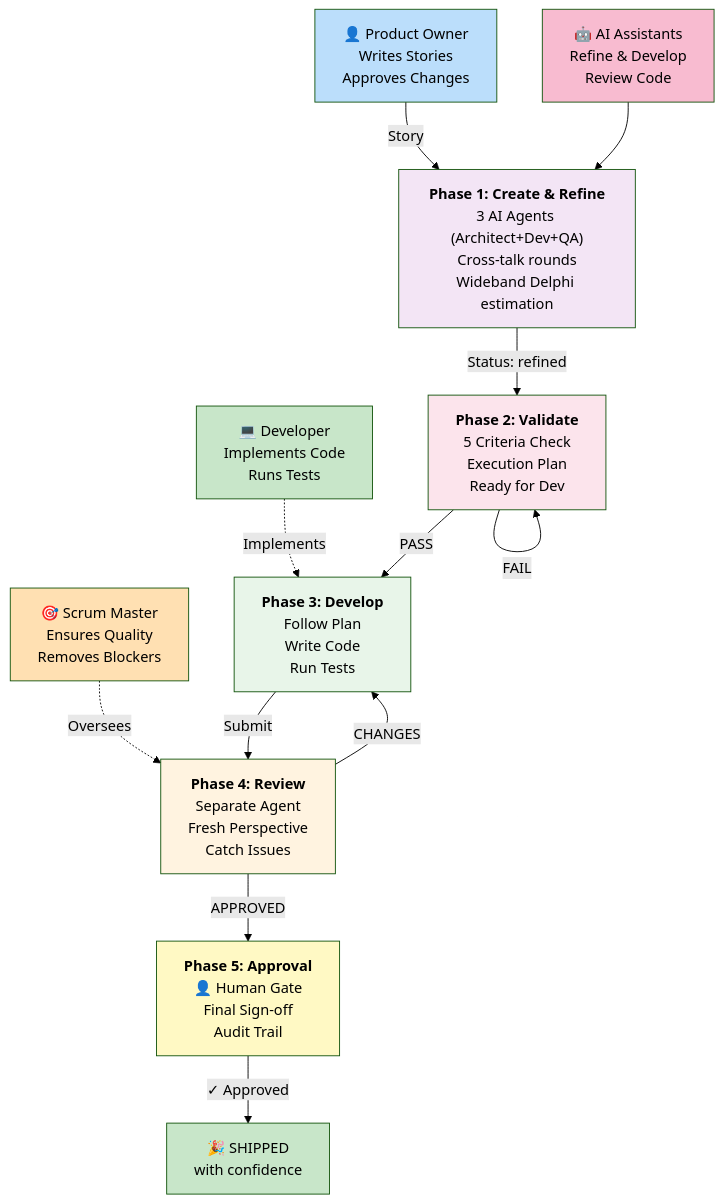
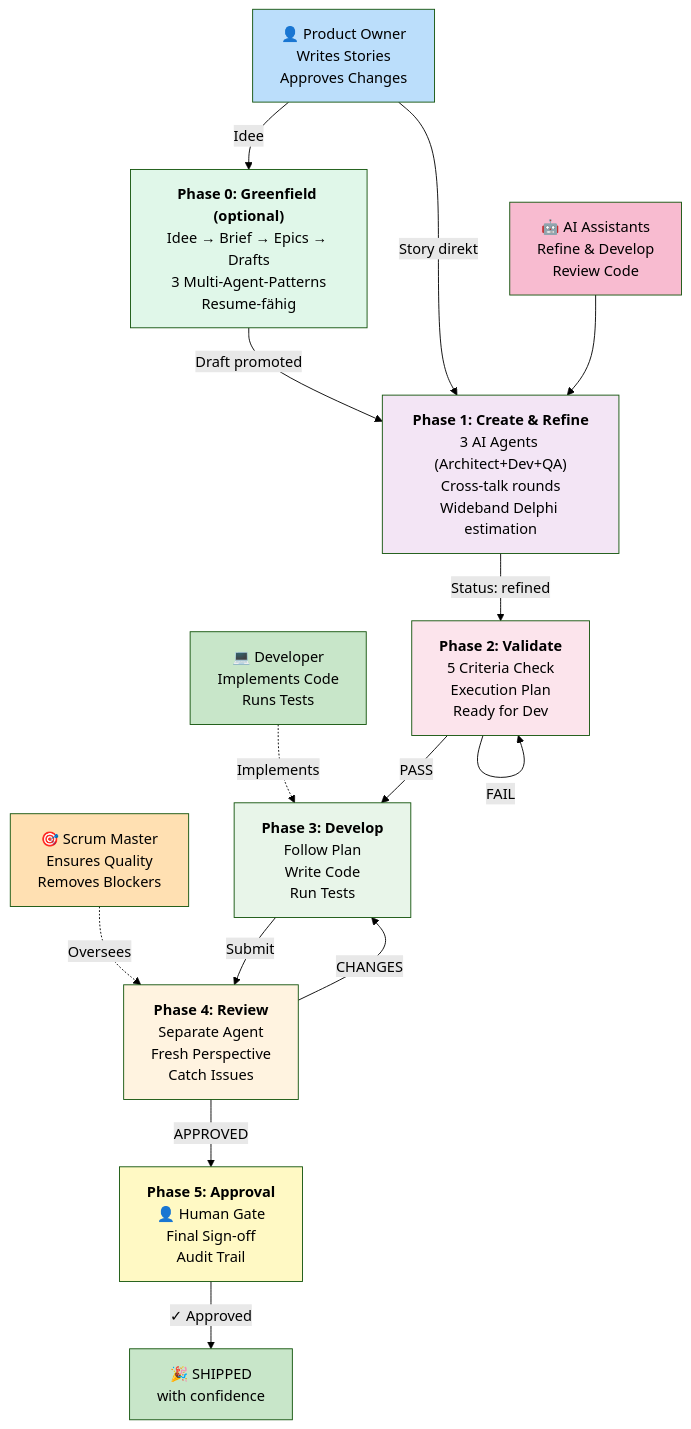
One commit to samibel/scrum_workflow changed the first of 2 diagrams in README.md. Above: the diagram before and after it, drawn with Mermaid (forest theme). The commit also changed other lines of this file and 24 other files, not shown here.

First line of the commit message:
feat: add greenfield (idea→brief→epics→tickets) workflow

````diff
--- a/README.md
+++ b/README.md
@@ -107,35 +144,38 @@
 ```mermaid
 graph TD
     PO["👤 Product Owner<br/>Writes Stories<br/>Approves Changes"]
     Dev["💻 Developer<br/>Implements Code<br/>Runs Tests"]
     SM["🎯 Scrum Master<br/>Ensures Quality<br/>Removes Blockers"]
     AI["🤖 AI Assistants<br/>Refine & Develop<br/>Review Code"]
     
-    PO -->|Story| Phase1["<b>Phase 1: Create & Refine</b><br/>3 AI Agents (Architect+Dev+QA)<br/>Cross-talk rounds<br/>Wideband Delphi estimation"]
+    PO -->|Idee| Phase0["<b>Phase 0: Greenfield (optional)</b><br/>Idee → Brief → Epics → Drafts<br/>3 Multi-Agent-Patterns<br/>Resume-fähig"]
+    Phase0 -->|Draft promoted| Phase1
+    PO -->|Story direkt| Phase1["<b>Phase 1: Create & Refine</b><br/>3 AI Agents (Architect+Dev+QA)<br/>Cross-talk rounds<br/>Wideband Delphi estimation"]
     Dev -.->|Implements| Phase3
     SM -.->|Oversees| Phase4
     AI --> Phase1
     
     Phase1 -->|Status: refined| Phase2["<b>Phase 2: Validate</b><br/>5 Criteria Check<br/>Execution Plan<br/>Ready for Dev"]
     
     Phase2 -->|PASS| Phase3["<b>Phase 3: Develop</b><br/>Follow Plan<br/>Write Code<br/>Run Tests"]
     Phase2 -->|FAIL| Phase2
     
     Phase3 -->|Submit| Phase4["<b>Phase 4: Review</b><br/>Separate Agent<br/>Fresh Perspective<br/>Catch Issues"]
     
     Phase4 -->|APPROVED| Phase5["<b>Phase 5: Approval</b><br/>👤 Human Gate<br/>Final Sign-off<br/>Audit Trail"]
     Phase4 -->|CHANGES| Phase3
     
     Phase5 -->|✓ Approved| Ship["🎉 SHIPPED<br/>with confidence"]
     
     style PO fill:#bbdefb
     style Dev fill:#c8e6c9
     style SM fill:#ffe0b2
     style AI fill:#f8bbd0
+    style Phase0 fill:#e0f7e9
     style Phase1 fill:#f3e5f5
     style Phase2 fill:#fce4ec
     style Phase3 fill:#e8f5e9
     style Phase4 fill:#fff3e0
     style Phase5 fill:#fff9c4
     style Ship fill:#c8e6c9
 ```
````
